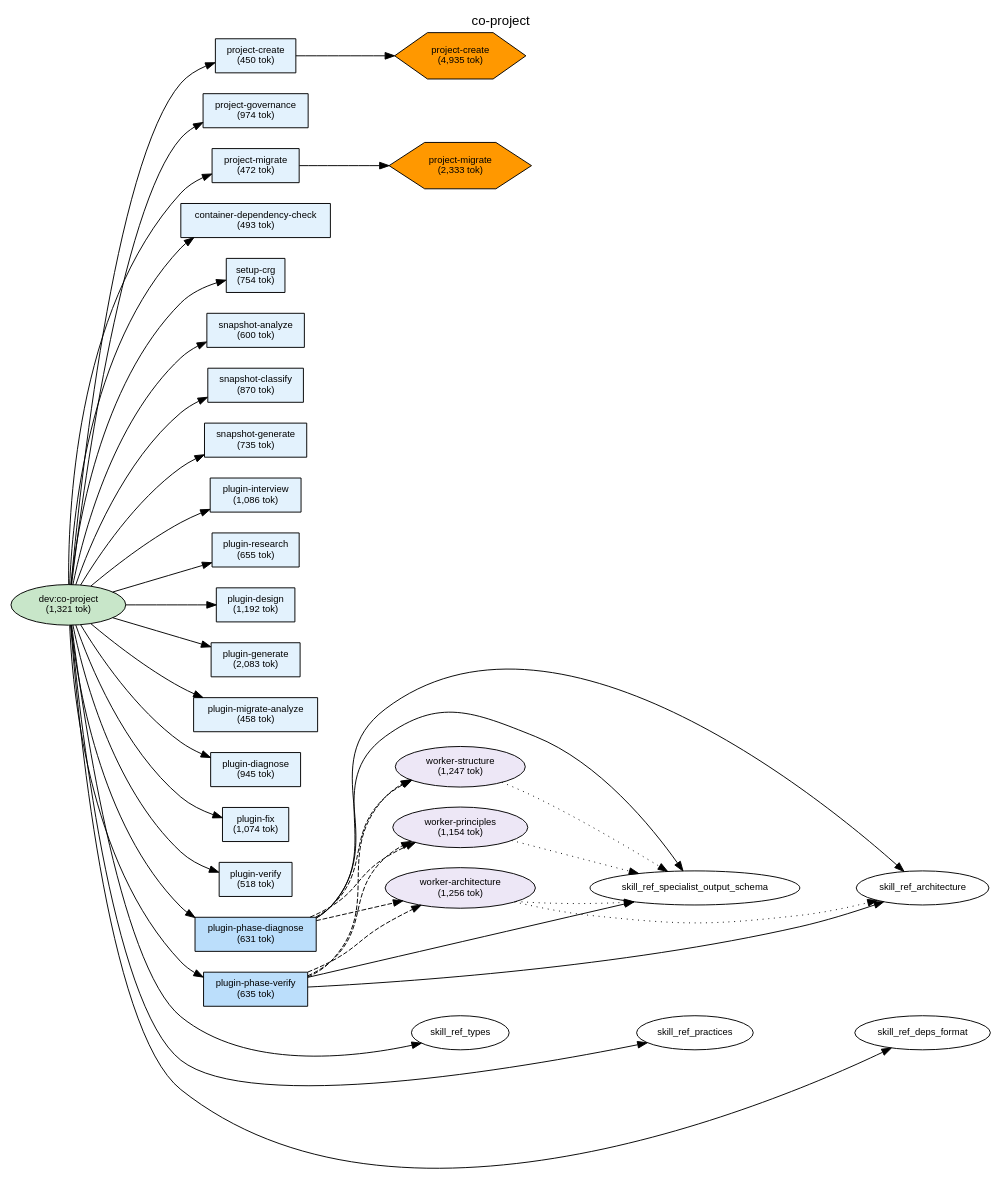
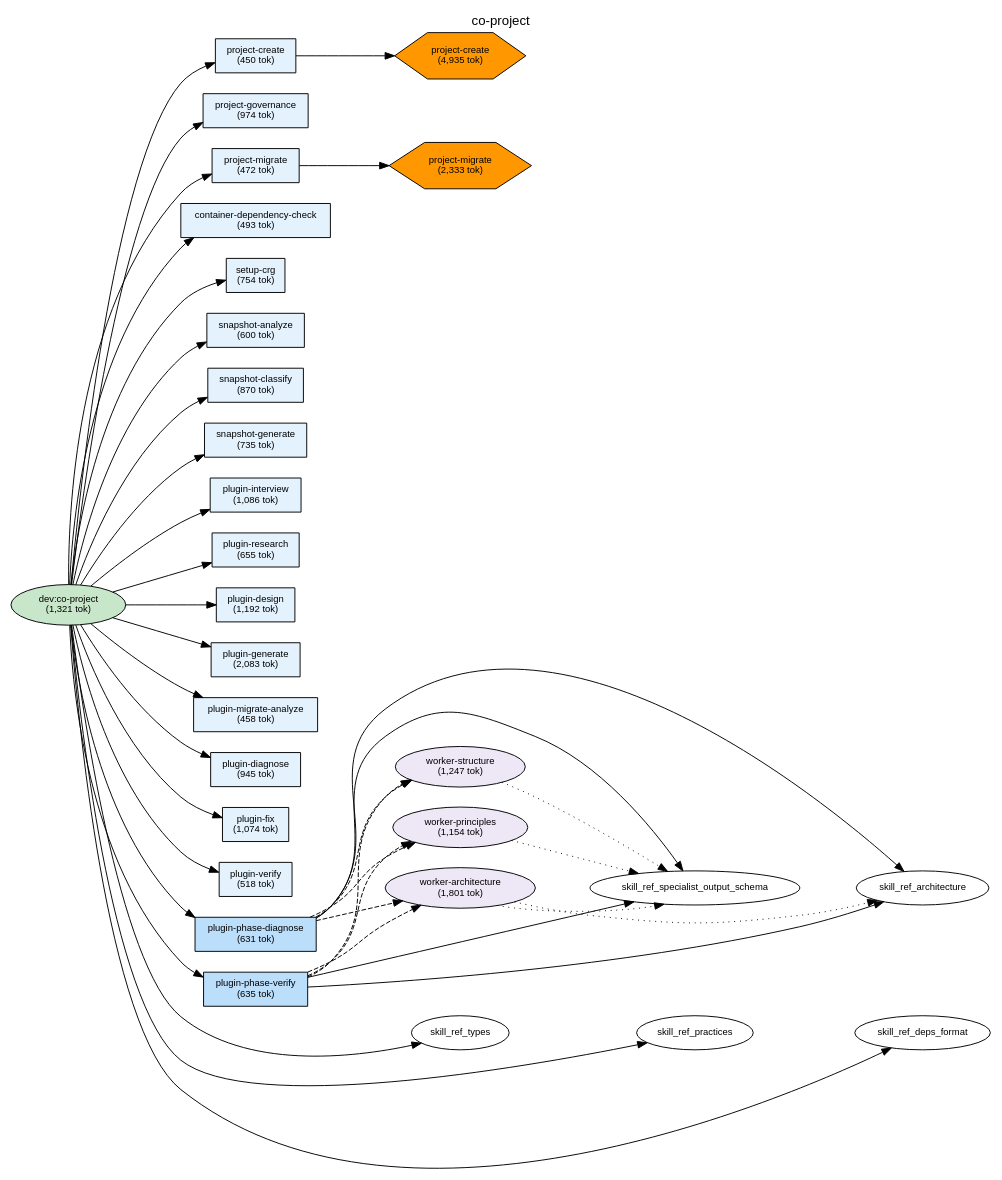
The diagram in plugins/dev/docs/deps-co-project.dot (shuu5/twill), drawn with Graphviz before and after one commit. The commit also changed 22 other files, not shown here.

First line of the commit message:
feat(arch): architecture context を co-issue・merge-gate・specialist に機械的注入 (#159) (#181)

```diff
--- a/plugins/dev/docs/deps-co-project.dot
+++ b/plugins/dev/docs/deps-co-project.dot
@@ -1,132 +1,133 @@
 digraph Dependencies {
     // Graph settings
     rankdir=LR;
     ranksep=0.8;
     nodesep=0.3;
     fontname="Helvetica";
     node [fontname="Helvetica", fontsize=10];
     edge [fontname="Helvetica", fontsize=9];
     label="co-project";
     labelloc=t;
     fontsize=14;
 
     // L0: Controller Skills
     skill_co_project [label="dev:co-project\n(1,321 tok)", shape=ellipse, style=filled, fillcolor="#c8e6c9"];
 
     // L0: Launchers
 
     // L0.5: Workflow Skills
 
     // Reference Skills
 
     // L1: Direct Commands
     cmd_project_create [label="project-create\n(450 tok)", shape=box, style=filled, fillcolor="#e3f2fd"];
     cmd_project_governance [label="project-governance\n(974 tok)", shape=box, style=filled, fillcolor="#e3f2fd"];
     cmd_project_migrate [label="project-migrate\n(472 tok)", shape=box, style=filled, fillcolor="#e3f2fd"];
     cmd_container_dependency_check [label="container-dependency-check\n(493 tok)", shape=box, style=filled, fillcolor="#e3f2fd"];
     cmd_setup_crg [label="setup-crg\n(754 tok)", shape=box, style=filled, fillcolor="#e3f2fd"];
     cmd_snapshot_analyze [label="snapshot-analyze\n(600 tok)", shape=box, style=filled, fillcolor="#e3f2fd"];
     cmd_snapshot_classify [label="snapshot-classify\n(870 tok)", shape=box, style=filled, fillcolor="#e3f2fd"];
     cmd_snapshot_generate [label="snapshot-generate\n(735 tok)", shape=box, style=filled, fillcolor="#e3f2fd"];
     cmd_plugin_interview [label="plugin-interview\n(1,086 tok)", shape=box, style=filled, fillcolor="#e3f2fd"];
     cmd_plugin_research [label="plugin-research\n(655 tok)", shape=box, style=filled, fillcolor="#e3f2fd"];
     cmd_plugin_design [label="plugin-design\n(1,192 tok)", shape=box, style=filled, fillcolor="#e3f2fd"];
     cmd_plugin_generate [label="plugin-generate\n(2,083 tok)", shape=box, style=filled, fillcolor="#e3f2fd"];
     cmd_plugin_migrate_analyze [label="plugin-migrate-analyze\n(458 tok)", shape=box, style=filled, fillcolor="#e3f2fd"];
     cmd_plugin_diagnose [label="plugin-diagnose\n(945 tok)", shape=box, style=filled, fillcolor="#e3f2fd"];
     cmd_plugin_fix [label="plugin-fix\n(1,074 tok)", shape=box, style=filled, fillcolor="#e3f2fd"];
     cmd_plugin_verify [label="plugin-verify\n(518 tok)", shape=box, style=filled, fillcolor="#e3f2fd"];
     cmd_plugin_phase_diagnose [label="plugin-phase-diagnose\n(631 tok)", shape=box, style=filled, fillcolor="#bbdefb"];
     cmd_plugin_phase_verify [label="plugin-phase-verify\n(635 tok)", shape=box, style=filled, fillcolor="#bbdefb"];
 
     // L2: Sub Commands
 
     // L3: Agents
     agent_worker_structure [label="worker-structure\n(1,247 tok)", shape=ellipse, style=filled, fillcolor="#ede7f6"];
     agent_worker_principles [label="worker-principles\n(1,154 tok)", shape=ellipse, style=filled, fillcolor="#ede7f6"];
-    agent_worker_architecture [label="worker-architecture\n(1,256 tok)", shape=ellipse, style=filled, fillcolor="#ede7f6"];
+    agent_worker_architecture [label="worker-architecture\n(1,801 tok)", shape=ellipse, style=filled, fillcolor="#ede7f6"];
 
     // L3.5: Scripts
     script_project_create [label="project-create\n(4,935 tok)", shape=hexagon, style=filled, fillcolor="#FF9800"];
     script_project_migrate [label="project-migrate\n(2,333 tok)", shape=hexagon, style=filled, fillcolor="#FF9800"];
 
     // L4: External
 
     // Layer constraints
     { rank=same; skill_co_project; }
     { rank=same; cmd_project_create; cmd_project_governance; cmd_project_migrate; cmd_container_dependency_check; cmd_setup_crg; cmd_snapshot_analyze; cmd_snapshot_classify; cmd_snapshot_generate; cmd_plugin_interview; cmd_plugin_research; cmd_plugin_design; cmd_plugin_generate; cmd_plugin_migrate_analyze; cmd_plugin_diagnose; cmd_plugin_fix; cmd_plugin_verify; cmd_plugin_phase_diagnose; cmd_plugin_phase_verify; }
     { rank=same; agent_worker_structure; agent_worker_principles; agent_worker_architecture; }
     { rank=same; script_project_create; script_project_migrate; }
 
     // Edges
     skill_co_project -> cmd_project_create;
     skill_co_project -> cmd_project_governance;
     skill_co_project -> cmd_project_migrate;
     skill_co_project -> cmd_container_dependency_check;
     skill_co_project -> cmd_setup_crg;
     skill_co_project -> cmd_snapshot_analyze;
     skill_co_project -> cmd_snapshot_classify;
     skill_co_project -> cmd_snapshot_generate;
     skill_co_project -> cmd_plugin_interview;
     skill_co_project -> cmd_plugin_research;
     skill_co_project -> cmd_plugin_design;
     skill_co_project -> cmd_plugin_generate;
     skill_co_project -> cmd_plugin_migrate_analyze;
     skill_co_project -> cmd_plugin_diagnose;
     skill_co_project -> cmd_plugin_fix;
     skill_co_project -> cmd_plugin_verify;
     skill_co_project -> cmd_plugin_phase_diagnose;
     skill_co_project -> cmd_plugin_phase_verify;
     skill_co_project -> skill_ref_types;
     skill_co_project -> skill_ref_practices;
     skill_co_project -> skill_ref_deps_format;
     cmd_project_create -> script_project_create;
     cmd_project_migrate -> script_project_migrate;
     cmd_plugin_phase_diagnose -> agent_worker_structure [style=dashed];
     cmd_plugin_phase_diagnose -> agent_worker_principles [style=dashed];
     cmd_plugin_phase_diagnose -> agent_worker_architecture [style=dashed];
     cmd_plugin_phase_diagnose -> skill_ref_specialist_output_schema;
     cmd_plugin_phase_diagnose -> skill_ref_architecture;
     cmd_plugin_phase_verify -> agent_worker_structure [style=dashed];
     cmd_plugin_phase_verify -> agent_worker_principles [style=dashed];
     cmd_plugin_phase_verify -> agent_worker_architecture [style=dashed];
     cmd_plugin_phase_verify -> skill_ref_specialist_output_schema;
     cmd_plugin_phase_verify -> skill_ref_architecture;
     agent_worker_structure -> skill_ref_specialist_output_schema [style=dotted];
     agent_worker_principles -> skill_ref_specialist_output_schema [style=dotted];
     agent_worker_architecture -> skill_ref_specialist_output_schema [style=dotted];
     agent_worker_architecture -> skill_ref_architecture [style=dotted];
 
     // Ordering constraints (invisible edges)
     cmd_project_create -> cmd_project_governance [style=invis, weight=10];
     cmd_project_governance -> cmd_project_migrate [style=invis, weight=10];
     cmd_project_migrate -> cmd_container_dependency_check [style=invis, weight=10];
     cmd_container_dependency_check -> cmd_setup_crg [style=invis, weight=10];
     cmd_setup_crg -> cmd_snapshot_analyze [style=invis, weight=10];
     cmd_snapshot_analyze -> cmd_snapshot_classify [style=invis, weight=10];
     cmd_snapshot_classify -> cmd_snapshot_generate [style=invis, weight=10];
     cmd_snapshot_generate -> cmd_plugin_interview [style=invis, weight=10];
     cmd_plugin_interview -> cmd_plugin_research [style=invis, weight=10];
     cmd_plugin_research -> cmd_plugin_design [style=invis, weight=10];
     cmd_plugin_design -> cmd_plugin_generate [style=invis, weight=10];
     cmd_plugin_generate -> cmd_plugin_migrate_analyze [style=invis, weight=10];
     cmd_plugin_migrate_analyze -> cmd_plugin_diagnose [style=invis, weight=10];
     cmd_plugin_diagnose -> cmd_plugin_fix [style=invis, weight=10];
     cmd_plugin_fix -> cmd_plugin_verify [style=invis, weight=10];
     cmd_plugin_verify -> cmd_plugin_phase_diagnose [style=invis, weight=10];
     cmd_plugin_phase_diagnose -> cmd_plugin_phase_verify [style=invis, weight=10];
     cmd_plugin_phase_verify -> skill_ref_types [style=invis, weight=10];
     skill_ref_types -> skill_ref_practices [style=invis, weight=10];
     skill_ref_practices -> skill_ref_deps_format [style=invis, weight=10];
     agent_worker_structure -> agent_worker_principles [style=invis, weight=10];
     agent_worker_principles -> agent_worker_architecture [style=invis, weight=10];
     agent_worker_architecture -> skill_ref_specialist_output_schema [style=invis, weight=10];
     skill_ref_specialist_output_schema -> skill_ref_architecture [style=invis, weight=10];
     agent_worker_structure -> agent_worker_principles [style=invis, weight=10];
     agent_worker_principles -> agent_worker_architecture [style=invis, weight=10];
     agent_worker_architecture -> skill_ref_specialist_output_schema [style=invis, weight=10];
     skill_ref_specialist_output_schema -> skill_ref_architecture [style=invis, weight=10];
     agent_worker_structure -> agent_worker_principles [style=invis, weight=10];
     agent_worker_structure -> agent_worker_principles [style=invis, weight=10];
+    agent_worker_architecture -> skill_ref_specialist_output_schema [style=invis, weight=10];
 
 }
```
